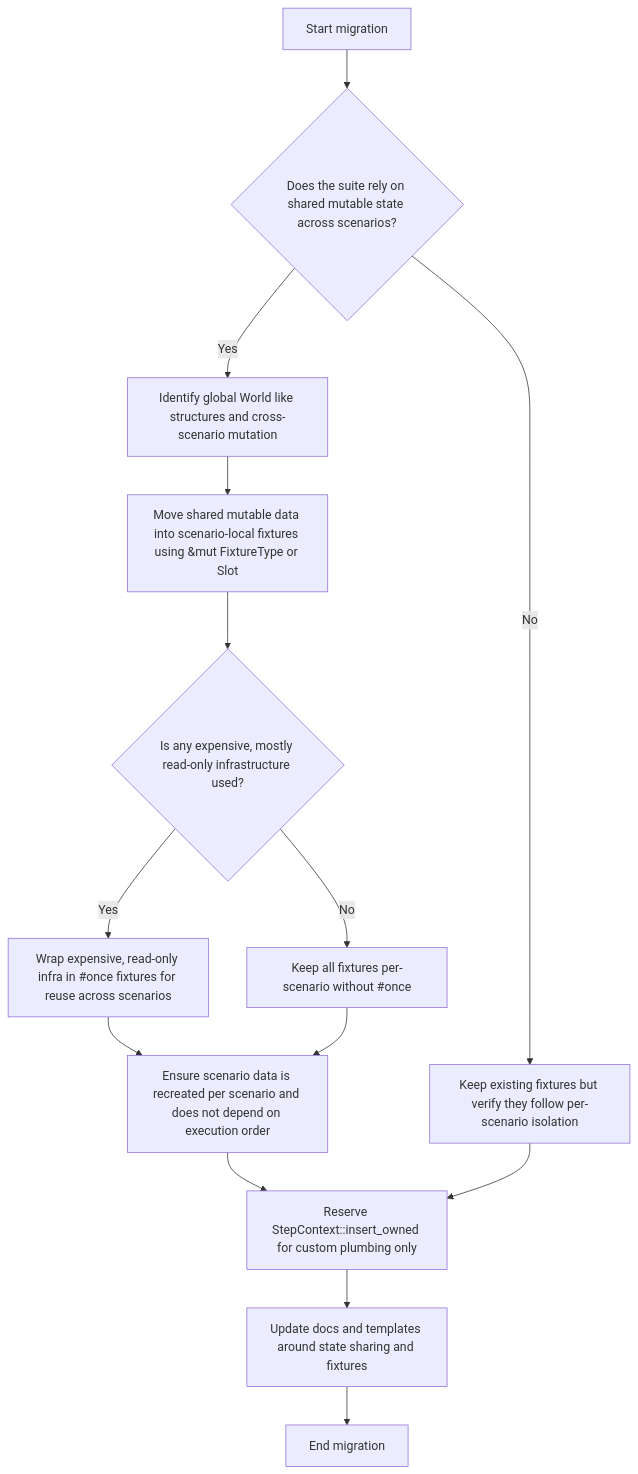
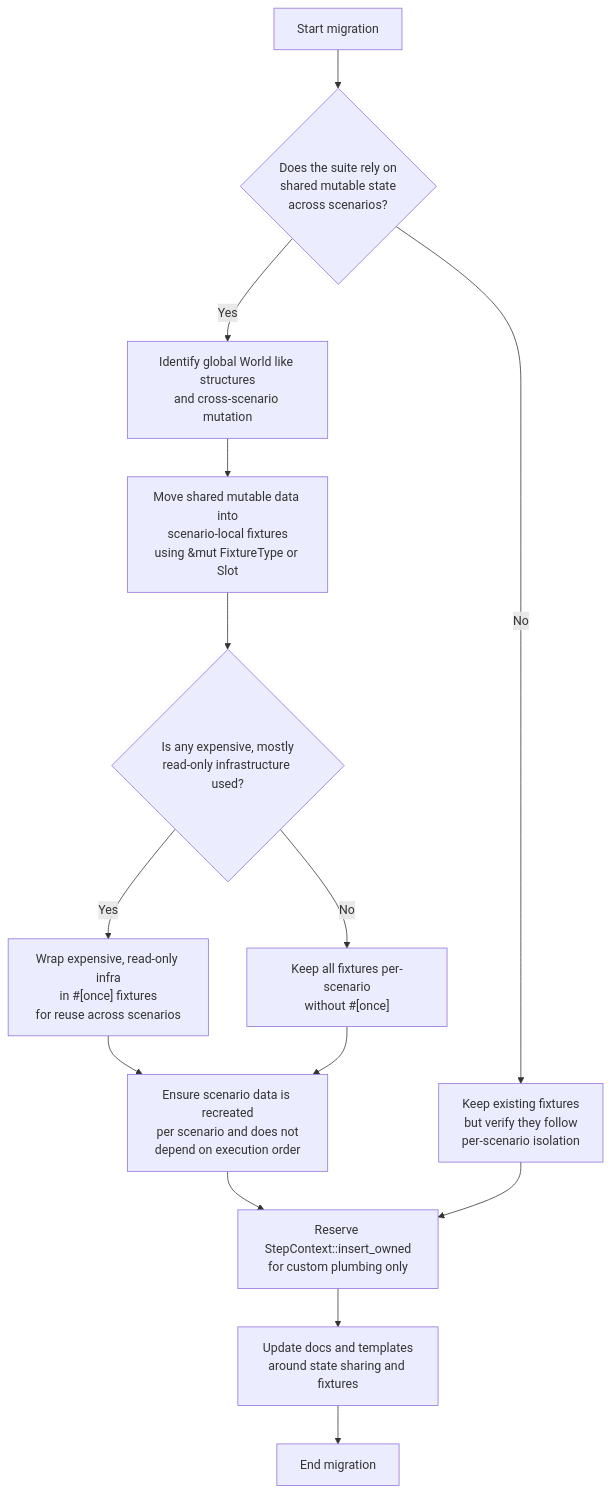
The diagram in docs/rstest-bdd-v0-5-0-migration-guide.md (leynos/gauss), drawn with Mermaid before and after one commit. The commit also changed other lines of this file and 12 other files, not shown here.

````diff
--- a/docs/rstest-bdd-v0-5-0-migration-guide.md
+++ b/docs/rstest-bdd-v0-5-0-migration-guide.md
@@ -113,22 +111,22 @@
 ```mermaid
 flowchart TD
-    A[Start migration] --> B{Does the suite rely on shared mutable state across scenarios?}
+    A["Start migration"] --> B{"Does the suite rely on<br/>shared mutable state<br/>across scenarios?"}
 
-    B -- Yes --> C[Identify global World like structures and cross-scenario mutation]
-    C --> D[Move shared mutable data into scenario-local fixtures using &mut FixtureType or Slot]
-    D --> E{Is any expensive, mostly read-only infrastructure used?}
+    B -- Yes --> C["Identify global World like structures<br/>and cross-scenario mutation"]
+    C --> D["Move shared mutable data into<br/>scenario-local fixtures<br/>using &mut FixtureType or Slot"]
+    D --> E{"Is any expensive, mostly<br/>read-only infrastructure used?"}
 
-    E -- Yes --> F[Wrap expensive, read-only infra in #once fixtures for reuse across scenarios]
-    E -- No --> G[Keep all fixtures per-scenario without #once]
+    E -- Yes --> F["Wrap expensive, read-only infra<br/>in #[once] fixtures<br/>for reuse across scenarios"]
+    E -- No --> G["Keep all fixtures per-scenario<br/>without #[once]"]
 
-    F --> H[Ensure scenario data is recreated per scenario and does not depend on execution order]
+    F --> H["Ensure scenario data is recreated<br/>per scenario and does not<br/>depend on execution order"]
     G --> H
 
-    B -- No --> I[Keep existing fixtures but verify they follow per-scenario isolation]
+    B -- No --> I["Keep existing fixtures<br/>but verify they follow<br/>per-scenario isolation"]
 
-    H --> J[Reserve StepContext::insert_owned for custom plumbing only]
+    H --> J["Reserve StepContext::insert_owned<br/>for custom plumbing only"]
     I --> J
 
-    J --> K[Update docs and templates around state sharing and fixtures]
-    K --> L[End migration]
+    J --> K["Update docs and templates<br/>around state sharing and fixtures"]
+    K --> L["End migration"]
 ```
````
